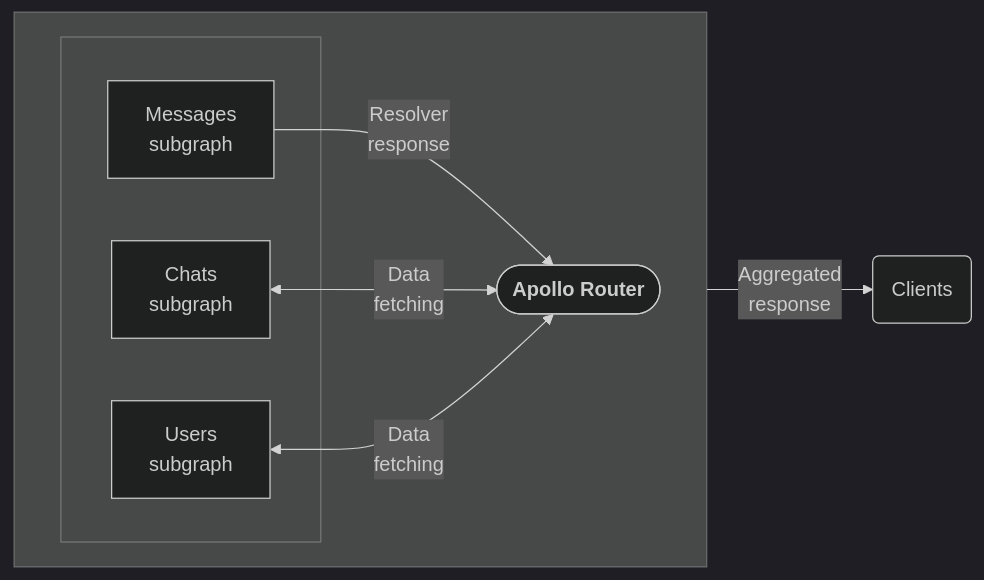
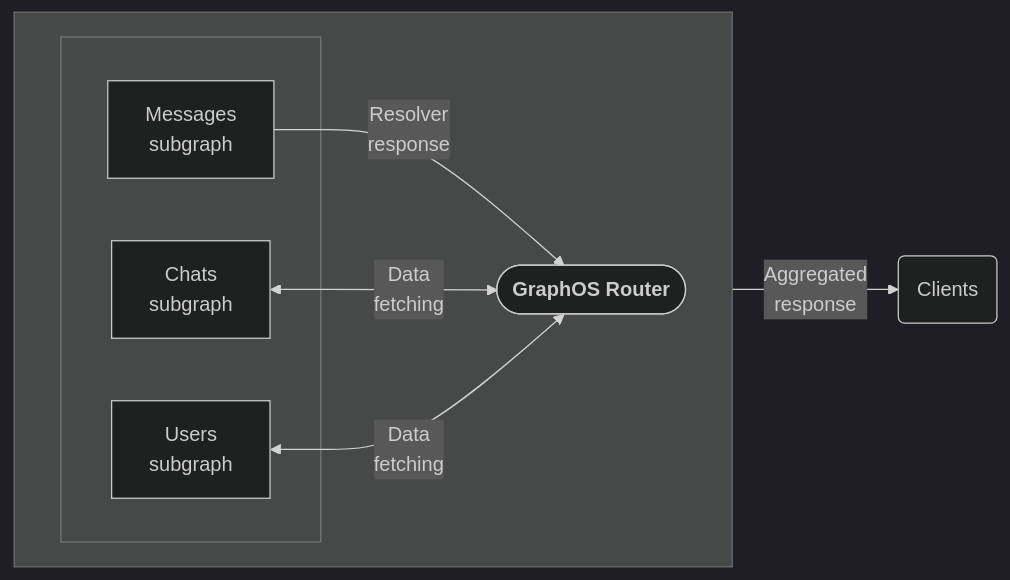
The diagram in src/content/graphos/metrics/operations.mdx (apollographql/docs), drawn with Mermaid (dark theme) before and after one commit. The commit also changed other lines of this file and 62 other files, not shown here.

````diff
--- a/src/content/graphos/metrics/operations.mdx
+++ b/src/content/graphos/metrics/operations.mdx
@@ -124,19 +124,19 @@
 ```mermaid
 flowchart LR;
 
   subgraph supergraph[" "]
     direction LR
     subgraph subgraphs[" "]
       serviceA[Messages <br/>subgraph]
       serviceB[Chats <br/>subgraph];
       serviceC[Users <br/>subgraph];
     end
-    router(["<b>Apollo Router</b>"]);
+    router(["<b>GraphOS Router</b>"]);
   end
   clients(Clients);
   serviceA -->|Resolver <br/> response| router;
   serviceB <-->|Data <br/> fetching| router;
   serviceC <-->|Data <br/> fetching| router;
   router -->|Aggregated <br/> response| clients;
   class clients secondary;
 ```
````
